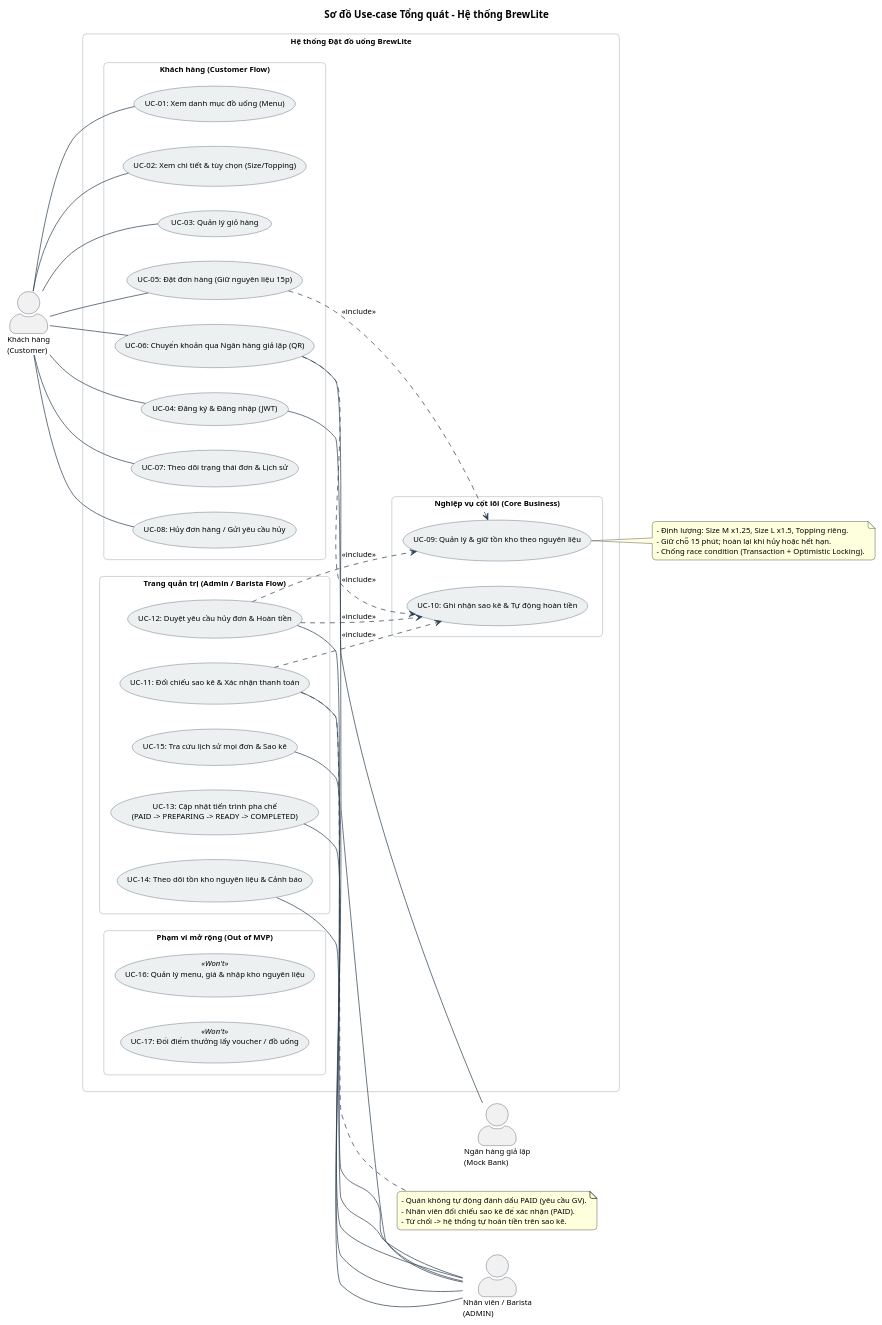
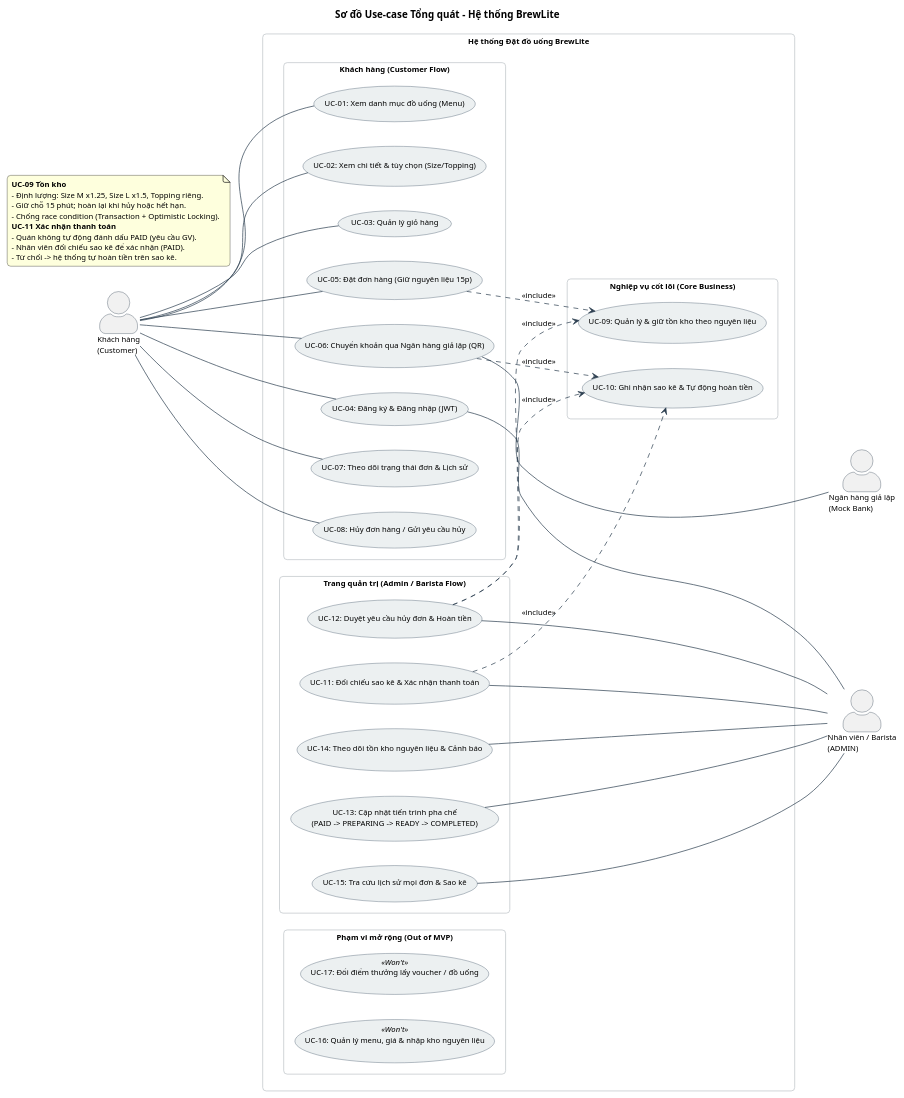
One commit to nhom6cnpm/brewlite-a2 changed the diagram in docs/diagrams/usecase-overview.puml. Above: the diagram before and after it, drawn with PlantUML. The commit also changed 2 other files, not shown here.

Commit message:
docs(diagrams): sửa giúp Phúc - bố cục sơ đồ use-case (Task 1.2)
- Khách hàng bên trái; Nhân viên và Ngân hàng giả lập bên phải.
- Gộp 2 ghi chú thành 1 khung riêng, không đè lên use-case.
- Xuất lại usecase-overview.png và .svg bằng PlantUML.

```diff
--- a/docs/diagrams/usecase-overview.puml
+++ b/docs/diagrams/usecase-overview.puml
@@ -1,91 +1,110 @@
 @startuml
-left to right direction
 skinparam actorStyle awesome
 skinparam packageStyle rectangle
 skinparam roundcorner 10
 skinparam defaultFontName Arial
 skinparam defaultFontSize 11
 skinparam arrowColor #2C3E50
 skinparam actorBorderColor #2C3E50
 skinparam rectangleBorderColor #BDC3C7
 skinparam usecaseBackgroundColor #ECF0F1
 skinparam usecaseBorderColor #34495E
+
+left to right direction
 
 title Sơ đồ Use-case Tổng quát - Hệ thống BrewLite
 
 actor "Khách hàng\n(Customer)" as Customer
 
 rectangle "Hệ thống Đặt đồ uống BrewLite" {
   
   package "Khách hàng (Customer Flow)" {
     usecase "UC-01: Xem danh mục đồ uống (Menu)" as UC_Menu
     usecase "UC-02: Xem chi tiết & tùy chọn (Size/Topping)" as UC_Detail
     usecase "UC-03: Quản lý giỏ hàng" as UC_Cart
     usecase "UC-04: Đăng ký & Đăng nhập (JWT)" as UC_Auth
     usecase "UC-05: Đặt đơn hàng (Giữ nguyên liệu 15p)" as UC_Order
     usecase "UC-06: Chuyển khoản qua Ngân hàng giả lập (QR)" as UC_Pay
     usecase "UC-07: Theo dõi trạng thái đơn & Lịch sử" as UC_Track
     usecase "UC-08: Hủy đơn hàng / Gửi yêu cầu hủy" as UC_Cancel
   }
 
   package "Nghiệp vụ cốt lõi (Core Business)" {
     usecase "UC-09: Quản lý & giữ tồn kho theo nguyên liệu" as UC_Inventory
     usecase "UC-10: Ghi nhận sao kê & Tự động hoàn tiền" as UC_Statement
   }
 
   package "Trang quản trị (Admin / Barista Flow)" {
     usecase "UC-11: Đối chiếu sao kê & Xác nhận thanh toán" as UC_ConfirmPay
     usecase "UC-12: Duyệt yêu cầu hủy đơn & Hoàn tiền" as UC_ApproveCancel
     usecase "UC-13: Cập nhật tiến trình pha chế\n(PAID -> PREPARING -> READY -> COMPLETED)" as UC_Brewing
     usecase "UC-14: Theo dõi tồn kho nguyên liệu & Cảnh báo" as UC_StockView
     usecase "UC-15: Tra cứu lịch sử mọi đơn & Sao kê" as UC_AdminHistory
   }
 
   package "Phạm vi mở rộng (Out of MVP)" {
     usecase "UC-16: Quản lý menu, giá & nhập kho nguyên liệu" as UC_AdminManage <<Won't>>
     usecase "UC-17: Đổi điểm thưởng lấy voucher / đồ uống" as UC_Redeem <<Won't>>
   }
 }
 
 actor "Ngân hàng giả lập\n(Mock Bank)" as MockBank
 actor "Nhân viên / Barista\n(ADMIN)" as Staff
 
-' Customer on LEFT
+' Cột 1 (TRÁI): Khách hàng
 Customer -- UC_Menu
 Customer -- UC_Detail
 Customer -- UC_Cart
 Customer -- UC_Auth
 Customer -- UC_Order
 Customer -- UC_Pay
 Customer -- UC_Track
 Customer -- UC_Cancel
 
-' MockBank and Staff on RIGHT
-UC_Pay -- MockBank
-UC_Auth -- Staff
-UC_ConfirmPay -- Staff
-UC_ApproveCancel -- Staff
-UC_Brewing -- Staff
-UC_StockView -- Staff
-UC_AdminHistory -- Staff
+' Cột cuối (PHẢI): Nhân viên và Ngân hàng giả lập.
+' Dùng "---" (đường dài) để đẩy 2 actor này ra sau cột Nghiệp vụ cốt lõi.
+UC_Pay --- MockBank
+UC_Auth --- Staff
+UC_ConfirmPay --- Staff
+UC_ApproveCancel --- Staff
+UC_Brewing --- Staff
+UC_StockView --- Staff
+UC_AdminHistory --- Staff
 
-' Include relationships between use-cases
+' Giữ thứ tự từ trên xuống: UC-01..08, rồi 11..15, cuối cùng 16..17 (Out of MVP)
+UC_Menu -[hidden]right- UC_Detail
+UC_Detail -[hidden]right- UC_Cart
+UC_Cart -[hidden]right- UC_Auth
+UC_Auth -[hidden]right- UC_Order
+UC_Order -[hidden]right- UC_Pay
+UC_Pay -[hidden]right- UC_Track
+UC_Track -[hidden]right- UC_Cancel
+UC_Cancel -[hidden]right- UC_ConfirmPay
+UC_ConfirmPay -[hidden]right- UC_ApproveCancel
+UC_ApproveCancel -[hidden]right- UC_Brewing
+UC_Brewing -[hidden]right- UC_StockView
+UC_StockView -[hidden]right- UC_AdminHistory
+UC_AdminHistory -[hidden]right- UC_AdminManage
+UC_AdminManage -[hidden]right- UC_Redeem
+UC_Inventory -[hidden]right- UC_Statement
+
+' Include
 UC_Order ..> UC_Inventory : <<include>>
 UC_Pay ..> UC_Statement : <<include>>
 UC_ConfirmPay ..> UC_Statement : <<include>>
 UC_ApproveCancel ..> UC_Statement : <<include>>
 UC_ApproveCancel ..> UC_Inventory : <<include>>
 
-note right of UC_Inventory
+' Ghi chú để ở góc dưới, không đè lên use-case
+note as N_Rules
+  <b>UC-09 Tồn kho</b>
   - Định lượng: Size M x1.25, Size L x1.5, Topping riêng.
   - Giữ chỗ 15 phút; hoàn lại khi hủy hoặc hết hạn.
   - Chống race condition (Transaction + Optimistic Locking).
-end note
-
-note right of UC_ConfirmPay
+  <b>UC-11 Xác nhận thanh toán</b>
   - Quán không tự động đánh dấu PAID (yêu cầu GV).
   - Nhân viên đối chiếu sao kê để xác nhận (PAID).
   - Từ chối -> hệ thống tự hoàn tiền trên sao kê.
 end note
 
 @enduml
```
